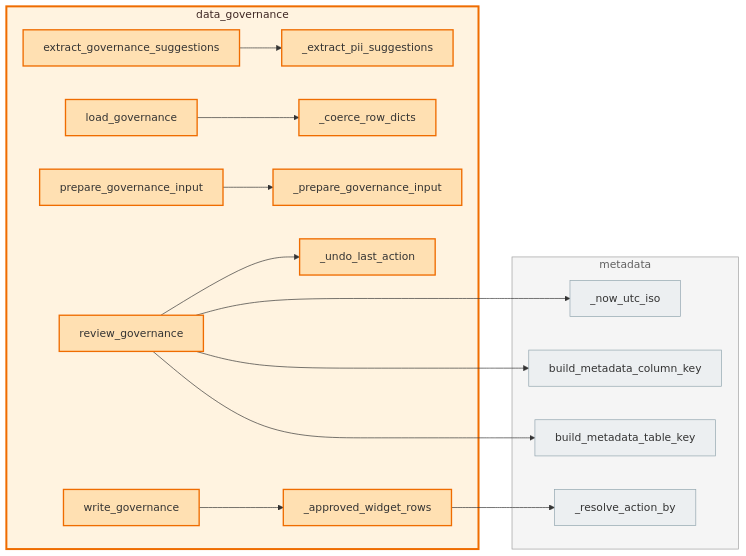
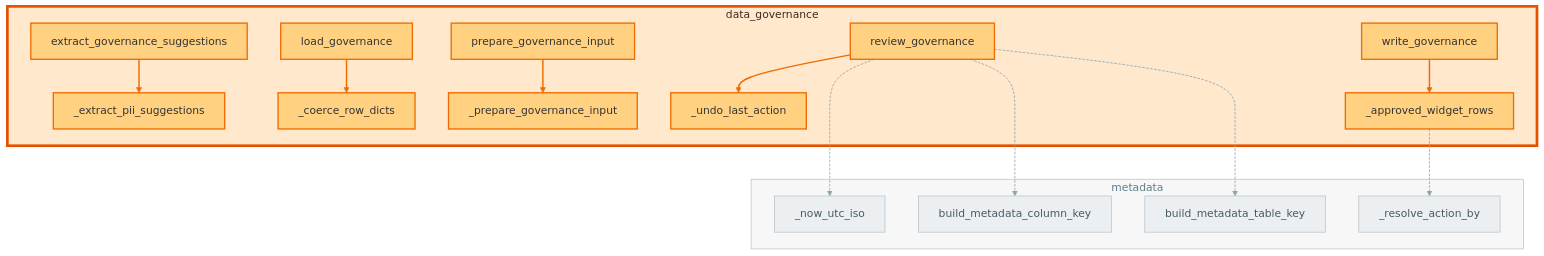
Before and after one commit to Voycepeh/FabricOps-Starter-Kit: the diagram in docs/api/modules/data_governance.md, drawn with Mermaid. The commit also changed other lines of this file and 13 other files, not shown here.

Commit message:
Polish grouped callable diagrams visual hierarchy and noise reduction

````diff
--- a/docs/api/modules/data_governance.md
+++ b/docs/api/modules/data_governance.md
@@ -120,38 +120,40 @@
 ```mermaid
-flowchart LR
-  classDef currentModule fill:#fff3e0,stroke:#ef6c00,stroke-width:3px,color:#3e2723;
-  classDef externalModule fill:#f5f5f5,stroke:#9e9e9e,stroke-width:1px,color:#616161;
-  classDef currentCallable fill:#ffe0b2,stroke:#ef6c00,stroke-width:2px;
-  classDef externalCallable fill:#eceff1,stroke:#90a4ae,stroke-width:1px;
+flowchart TB
+  classDef currentModule fill:#ffe8cc,stroke:#e65100,stroke-width:4px,color:#3e2723;
+  classDef externalModule fill:#f7f7f7,stroke:#b0bec5,stroke-width:1px,color:#607d8b;
+  classDef currentCallable fill:#ffd180,stroke:#ef6c00,stroke-width:2px;
+  classDef externalCallable fill:#eceff1,stroke:#b0bec5,stroke-width:1px,color:#455a64;
   subgraph m_data_governance[data_governance]
     fabricops_kit_data_governance__approved_widget_rows["_approved_widget_rows"]
     fabricops_kit_data_governance__coerce_row_dicts["_coerce_row_dicts"]
     fabricops_kit_data_governance__extract_pii_suggestions["_extract_pii_suggestions"]
     fabricops_kit_data_governance__prepare_governance_input["_prepare_governance_input"]
     fabricops_kit_data_governance__undo_last_action["_undo_last_action"]
     fabricops_kit_data_governance_extract_governance_suggestions["extract_governance_suggestions"]
     fabricops_kit_data_governance_load_governance["load_governance"]
     fabricops_kit_data_governance_prepare_governance_input["prepare_governance_input"]
     fabricops_kit_data_governance_review_governance["review_governance"]
     fabricops_kit_data_governance_write_governance["write_governance"]
   end
   subgraph m_metadata[metadata]
     fabricops_kit_metadata__now_utc_iso["_now_utc_iso"]
     fabricops_kit_metadata__resolve_action_by["_resolve_action_by"]
     fabricops_kit_metadata_build_metadata_column_key["build_metadata_column_key"]
     fabricops_kit_metadata_build_metadata_table_key["build_metadata_table_key"]
   end
   fabricops_kit_data_governance__approved_widget_rows --> fabricops_kit_metadata__resolve_action_by
   fabricops_kit_data_governance_extract_governance_suggestions --> fabricops_kit_data_governance__extract_pii_suggestions
   fabricops_kit_data_governance_load_governance --> fabricops_kit_data_governance__coerce_row_dicts
   fabricops_kit_data_governance_prepare_governance_input --> fabricops_kit_data_governance__prepare_governance_input
   fabricops_kit_data_governance_review_governance --> fabricops_kit_data_governance__undo_last_action
   fabricops_kit_data_governance_review_governance --> fabricops_kit_metadata__now_utc_iso
   fabricops_kit_data_governance_review_governance --> fabricops_kit_metadata_build_metadata_column_key
   fabricops_kit_data_governance_review_governance --> fabricops_kit_metadata_build_metadata_table_key
   fabricops_kit_data_governance_write_governance --> fabricops_kit_data_governance__approved_widget_rows
+  linkStyle 1,2,3,4,8 stroke:#ef6c00,stroke-width:2.2px;
+  linkStyle 0,5,6,7 stroke:#90a4ae,stroke-width:1.2px,stroke-dasharray: 4 2;
   class m_data_governance currentModule;
   class m_metadata externalModule;
   class fabricops_kit_data_governance__approved_widget_rows,fabricops_kit_data_governance__coerce_row_dicts,fabricops_kit_data_governance__extract_pii_suggestions,fabricops_kit_data_governance__prepare_governance_input,fabricops_kit_data_governance__undo_last_action,fabricops_kit_data_governance_extract_governance_suggestions,fabricops_kit_data_governance_load_governance,fabricops_kit_data_governance_prepare_governance_input,fabricops_kit_data_governance_review_governance,fabricops_kit_data_governance_write_governance currentCallable;
   class fabricops_kit_metadata__now_utc_iso,fabricops_kit_metadata__resolve_action_by,fabricops_kit_metadata_build_metadata_column_key,fabricops_kit_metadata_build_metadata_table_key externalCallable;
 ```
````
